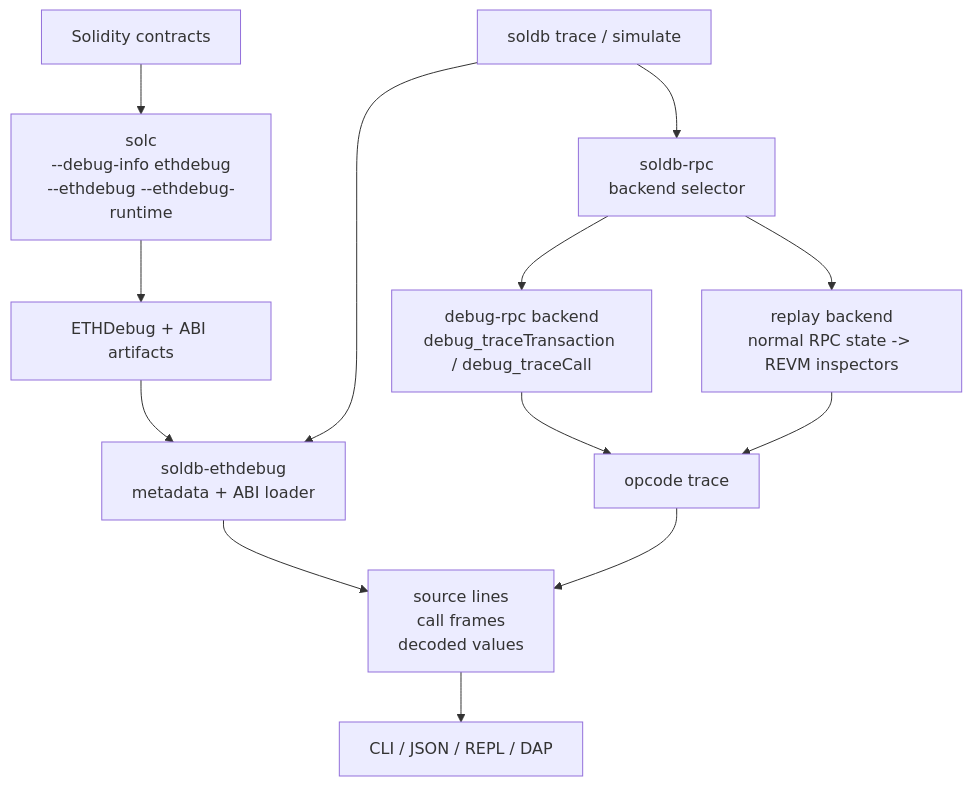
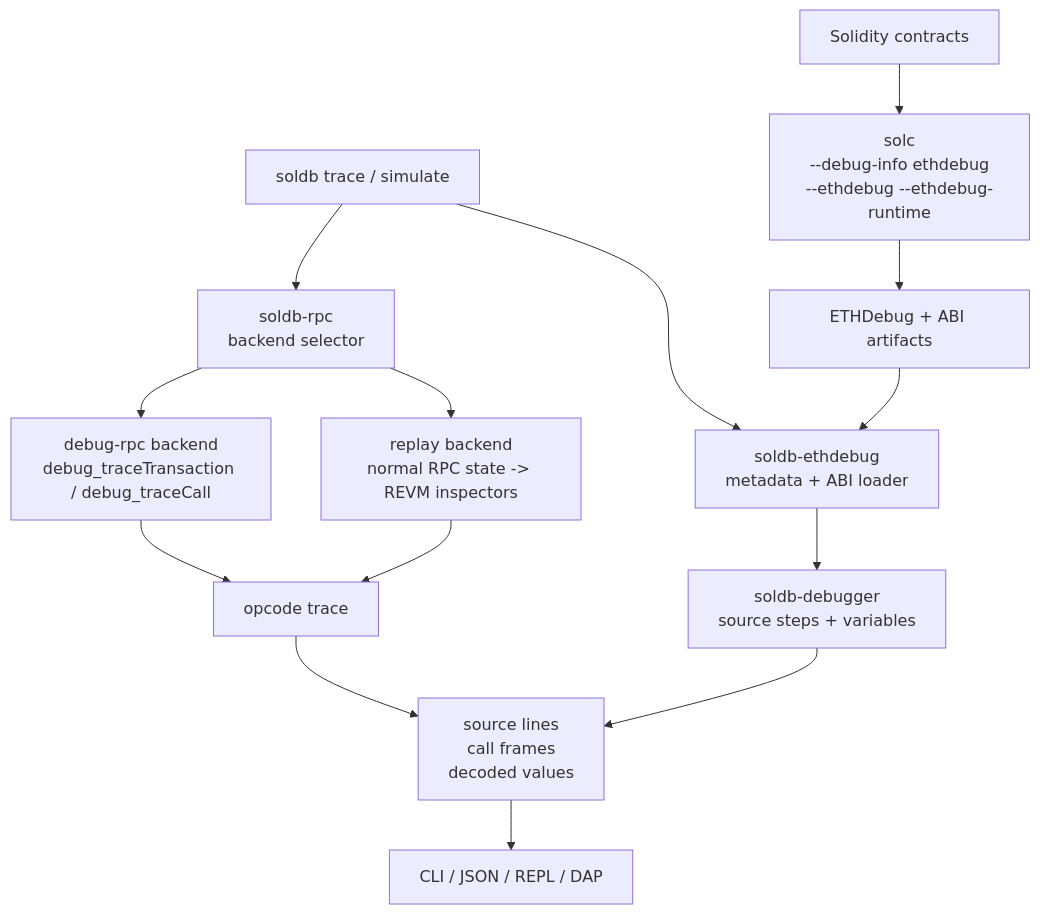
Before and after one commit to walnuthq/soldb: the diagram in README.md, drawn with Mermaid. The commit also changed other lines of this file and 6 other files, not shown here.

````diff
--- a/README.md
+++ b/README.md
@@ -138,18 +138,19 @@
 ```mermaid
 flowchart TD
     contracts["Solidity contracts"] --> solc["solc<br/>--debug-info ethdebug<br/>--ethdebug --ethdebug-runtime"]
     solc --> artifacts["ETHDebug + ABI artifacts"]
 
     cli["soldb trace / simulate"] --> metadata["soldb-ethdebug<br/>metadata + ABI loader"]
     artifacts --> metadata
 
     cli --> selector["soldb-rpc<br/>backend selector"]
     selector --> debug_rpc["debug-rpc backend<br/>debug_traceTransaction / debug_traceCall"]
     selector --> replay["replay backend<br/>normal RPC state -> REVM inspectors"]
 
     debug_rpc --> opcode_trace["opcode trace"]
     replay --> opcode_trace
-    metadata --> enriched["source lines<br/>call frames<br/>decoded values"]
+    metadata --> debugger["soldb-debugger<br/>source steps + variables"]
     opcode_trace --> enriched
+    debugger --> enriched["source lines<br/>call frames<br/>decoded values"]
     enriched --> outputs["CLI / JSON / REPL / DAP"]
 ```
````
